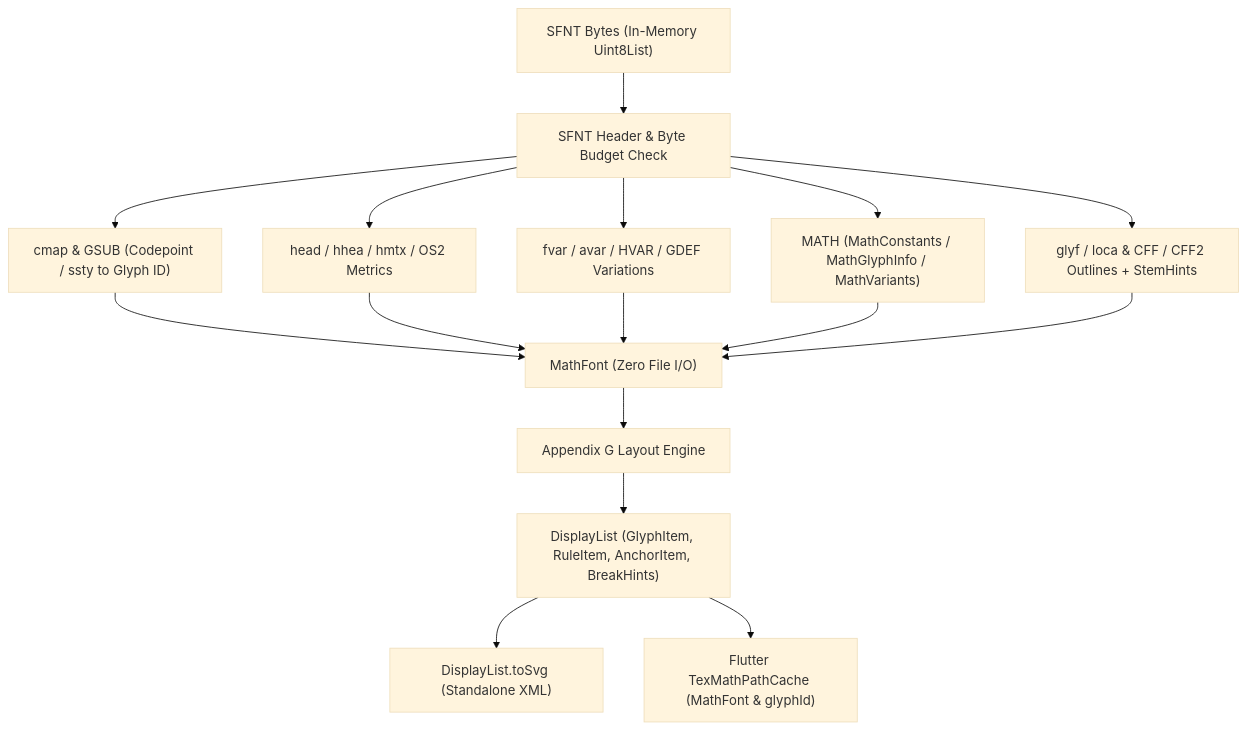
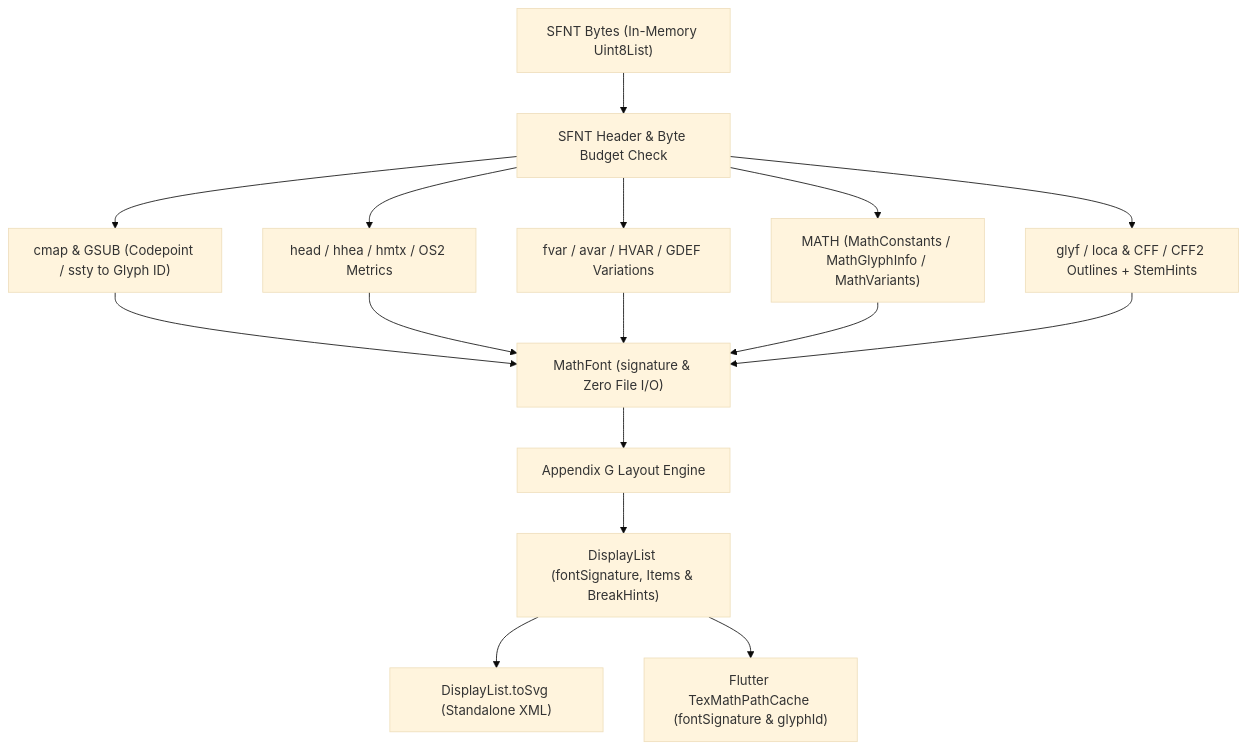
Before and after one commit to tkinnis/tex_math: the second of 3 diagrams in doc/ARCHITECTURE.md, drawn with Mermaid (base theme). The commit also changed other lines of this file and 16 other files, not shown here.

````diff
--- a/doc/ARCHITECTURE.md
+++ b/doc/ARCHITECTURE.md
@@ -81,18 +73,18 @@
 ```mermaid
 flowchart TD
   Bytes["SFNT Bytes (In-Memory Uint8List)"] --> Header["SFNT Header & Byte Budget Check"]
   Header --> Cmap["cmap & GSUB (Codepoint / ssty to Glyph ID)"]
   Header --> Hmtx["head / hhea / hmtx / OS2 Metrics"]
   Header --> Var["fvar / avar / HVAR / GDEF Variations"]
   Header --> MathTbl["MATH (MathConstants / MathGlyphInfo / MathVariants)"]
   Header --> Outlines["glyf / loca & CFF / CFF2 Outlines + StemHints"]
-  Cmap --> Font["MathFont (Zero File I/O)"]
+  Cmap --> Font["MathFont (signature & Zero File I/O)"]
   Hmtx --> Font
   Var --> Font
   MathTbl --> Font
   Outlines --> Font
   Font --> Layout["Appendix G Layout Engine"]
-  Layout --> DL["DisplayList (GlyphItem, RuleItem, AnchorItem, BreakHints)"]
+  Layout --> DL["DisplayList (fontSignature, Items & BreakHints)"]
   DL --> Svg["DisplayList.toSvg (Standalone XML)"]
-  DL --> PathCache["Flutter TexMathPathCache (MathFont & glyphId)"]
+  DL --> PathCache["Flutter TexMathPathCache (fontSignature & glyphId)"]
 ```
````
